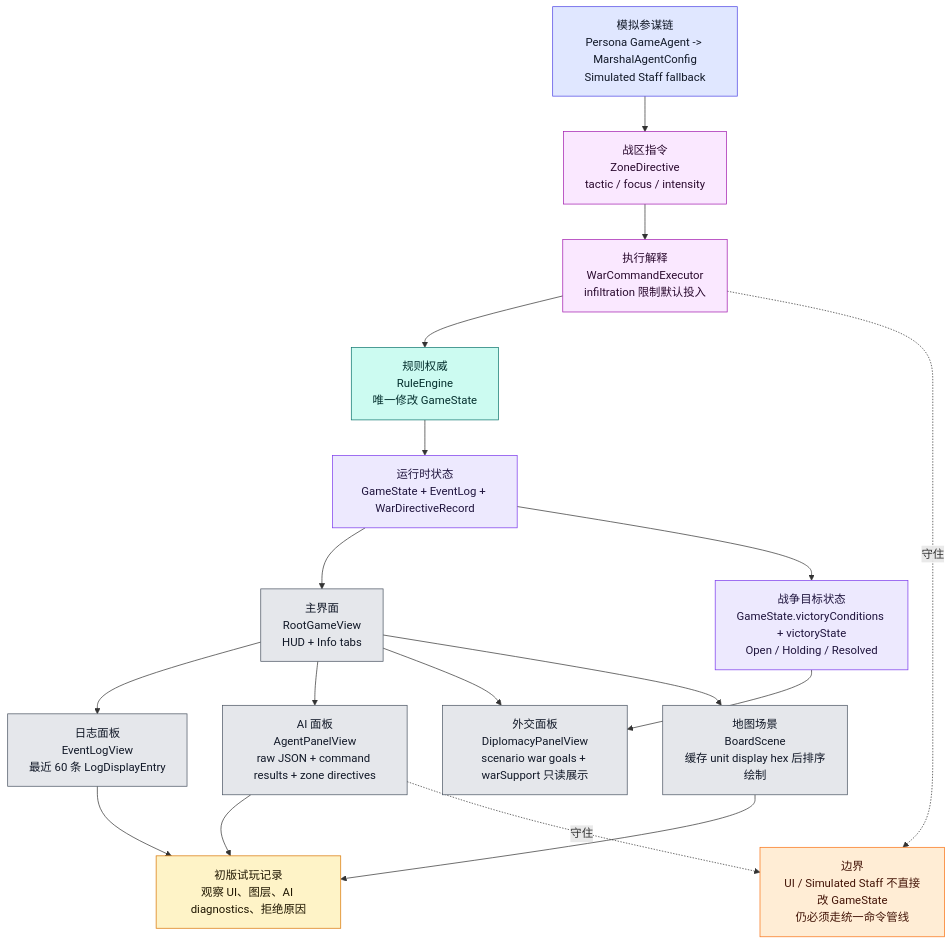
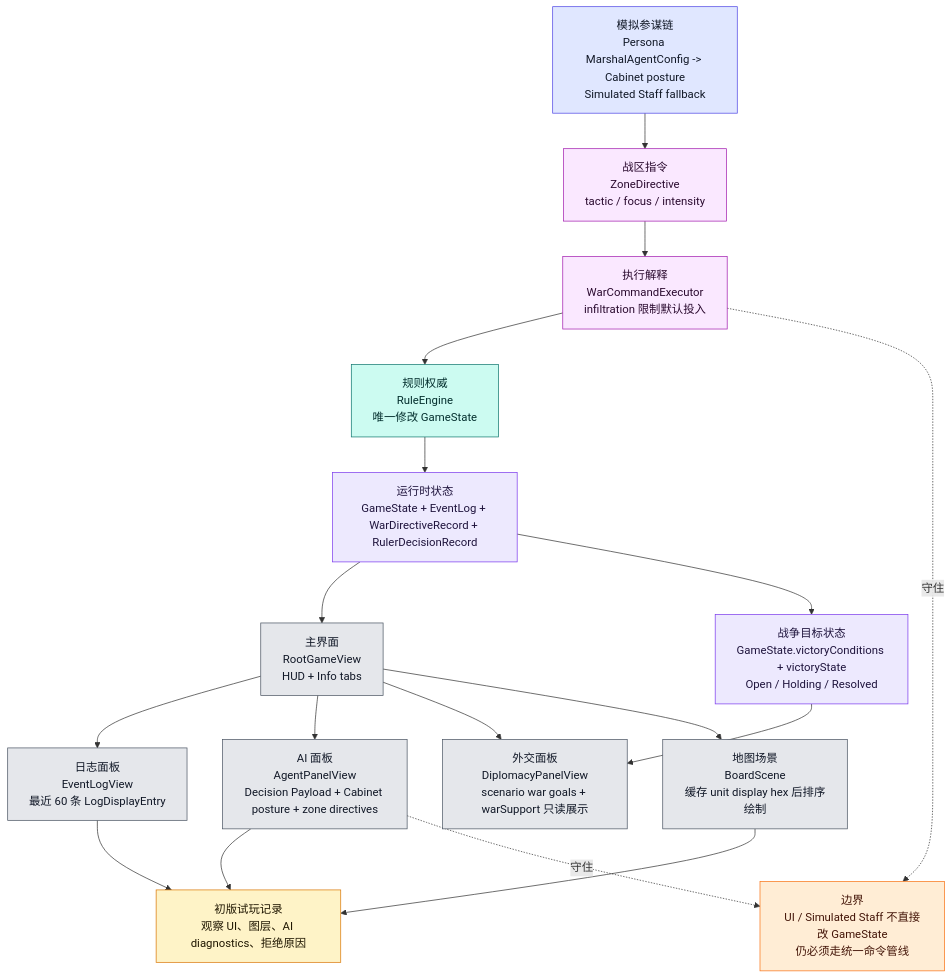
Before and after one commit to Altman-sam114/126: the eighth of 9 diagrams in md/flow/flowchart.md, drawn with Mermaid. The commit also changed other lines of this file and 7 other files, not shown here.

Commit message:
feat(ai): add cabinet posture audit

````diff
--- a/md/flow/flowchart.md
+++ b/md/flow/flowchart.md
@@ -423,38 +424,38 @@
 ```mermaid
 flowchart TD
-    STATE["运行时状态<br/>GameState + EventLog + WarDirectiveRecord"]:::state
+    STATE["运行时状态<br/>GameState + EventLog + WarDirectiveRecord + RulerDecisionRecord"]:::state
     ROOT["主界面<br/>RootGameView<br/>HUD + Info tabs"]:::ui
     LOG["日志面板<br/>EventLogView<br/>最近 60 条 LogDisplayEntry"]:::ui
-    AIUI["AI 面板<br/>AgentPanelView<br/>raw JSON + command results + zone directives"]:::ui
+    AIUI["AI 面板<br/>AgentPanelView<br/>Decision Payload + Cabinet posture + zone directives"]:::ui
     DIPUI["外交面板<br/>DiplomacyPanelView<br/>scenario war goals + warSupport 只读展示"]:::ui
     GOALS["战争目标状态<br/>GameState.victoryConditions + victoryState<br/>Open / Holding / Resolved"]:::state
     BOARD["地图场景<br/>BoardScene<br/>缓存 unit display hex 后排序绘制"]:::ui
-    MARSHAL["模拟参谋链<br/>Persona GameAgent -> MarshalAgentConfig<br/>Simulated Staff fallback"]:::ai
+    MARSHAL["模拟参谋链<br/>Persona MarshalAgentConfig -> Cabinet posture<br/>Simulated Staff fallback"]:::ai
     ZD["战区指令<br/>ZoneDirective<br/>tactic / focus / intensity"]:::command
     WCE["执行解释<br/>WarCommandExecutor<br/>infiltration 限制默认投入"]:::command
     RULE["规则权威<br/>RuleEngine<br/>唯一修改 GameState"]:::rules
     PLAYTEST["初版试玩记录<br/>观察 UI、图层、AI diagnostics、拒绝原因"]:::doc
 
     STATE --> ROOT
     ROOT --> LOG
     ROOT --> AIUI
     ROOT --> DIPUI
     ROOT --> BOARD
     STATE --> GOALS --> DIPUI
     MARSHAL --> ZD --> WCE --> RULE --> STATE
     AIUI --> PLAYTEST
     LOG --> PLAYTEST
     BOARD --> PLAYTEST
 
     WARN["边界<br/>UI / Simulated Staff 不直接改 GameState<br/>仍必须走统一命令管线"]:::warn
     AIUI -.守住.-> WARN
     WCE -.守住.-> WARN
 
     classDef state fill:#ede9fe,stroke:#7c3aed,color:#1f143d
     classDef ui fill:#e5e7eb,stroke:#4b5563,color:#111827
     classDef ai fill:#e0e7ff,stroke:#4f46e5,color:#111827
     classDef command fill:#fae8ff,stroke:#a21caf,color:#2a0a2f
     classDef rules fill:#ccfbf1,stroke:#0f766e,color:#042f2e
     classDef doc fill:#fef3c7,stroke:#d97706,color:#1f1600
     classDef warn fill:#ffedd5,stroke:#f97316,color:#431407
 ```
````
